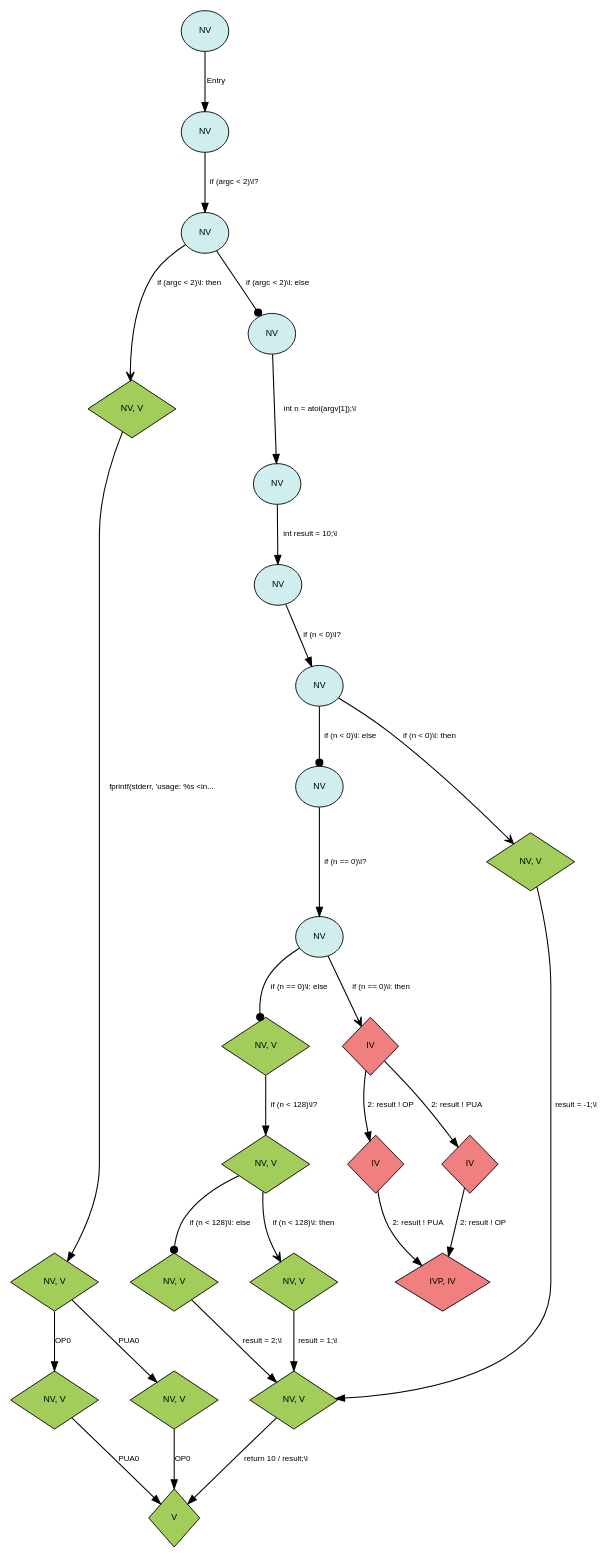
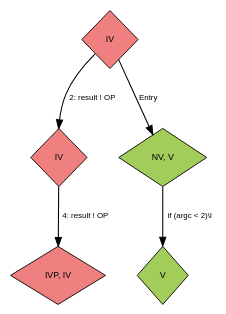
Before and after one commit to FelicitasGarcia/MimicryMonitor: the diagram in exampleFiles/dots/llvmBasedResults/Verdicts_Propagated_DOT.dot, drawn with Graphviz. The commit also changed 65 other files, not shown here.

```diff
--- a/exampleFiles/dots/llvmBasedResults/Verdicts_Propagated_DOT.dot
+++ b/exampleFiles/dots/llvmBasedResults/Verdicts_Propagated_DOT.dot
@@ -1,62 +1,19 @@
 digraph Verdicts_Propagated {
   rankdir=TB; // Top to bottom layout
   rank=min;
   nodesep=0.5; // Increase node separation
   ranksep=0.8; // Increase rank separation
 edge [curvature=0.3];  node [fontname="Helvetica", fontsize=10];
   edge [fontname="Helvetica", fontsize=9];
 
-  52 [label="NV, V", style=filled, fillcolor="darkolivegreen3", shape=diamond, margin="0.15,0.15"];
-  446 [label="IVP, IV", style=filled, fillcolor="lightcoral", shape=diamond, margin="0.15,0.15"];
-  31 [label="NV", style=filled, fillcolor="lightcyan2", shape=ellipse, margin="0.15,0.15"];
-  0 [label="NV", style=filled, fillcolor="lightcyan2", shape=ellipse, margin="0.15,0.15"];
-  405 [label="IV", style=filled, fillcolor="lightcoral", shape=diamond, margin="0.15,0.15"];
-  299 [label="NV", style=filled, fillcolor="lightcyan2", shape=ellipse, margin="0.15,0.15"];
-  331 [label="NV, V", style=filled, fillcolor="darkolivegreen3", shape=diamond, margin="0.15,0.15"];
-  315 [label="NV, V", style=filled, fillcolor="darkolivegreen3", shape=diamond, margin="0.15,0.15"];
-  94 [label="NV, V", style=filled, fillcolor="darkolivegreen3", shape=diamond, margin="0.15,0.15"];
-  256 [label="NV", style=filled, fillcolor="lightcyan2", shape=ellipse, margin="0.15,0.15"];
-  263 [label="NV, V", style=filled, fillcolor="darkolivegreen3", shape=diamond, margin="0.15,0.15"];
-  177 [label="V", style=filled, fillcolor="darkolivegreen3", shape=diamond, margin="0.15,0.15"];
-  128 [label="NV, V", style=filled, fillcolor="darkolivegreen3", shape=diamond, margin="0.15,0.15"];
-  14 [label="NV", style=filled, fillcolor="lightcyan2", shape=ellipse, margin="0.15,0.15"];
-  99 [label="NV", style=filled, fillcolor="lightcyan2", shape=ellipse, margin="0.15,0.15"];
-  157 [label="NV", style=filled, fillcolor="lightcyan2", shape=ellipse, margin="0.15,0.15"];
-  67 [label="NV", style=filled, fillcolor="lightcyan2", shape=ellipse, margin="0.15,0.15"];
-  132 [label="NV, V", style=filled, fillcolor="darkolivegreen3", shape=diamond, margin="0.15,0.15"];
-  229 [label="NV", style=filled, fillcolor="lightcyan2", shape=ellipse, margin="0.15,0.15"];
-  397 [label="IV", style=filled, fillcolor="lightcoral", shape=diamond, margin="0.15,0.15"];
-  417 [label="NV, V", style=filled, fillcolor="darkolivegreen3", shape=diamond, margin="0.15,0.15"];
-  370 [label="NV, V", style=filled, fillcolor="darkolivegreen3", shape=diamond, margin="0.15,0.15"];
-  422 [label="NV, V", style=filled, fillcolor="darkolivegreen3", shape=diamond, margin="0.15,0.15"];
-  335 [label="IV", style=filled, fillcolor="lightcoral", shape=diamond, margin="0.15,0.15"];
+  15 [label="IV", style=filled, fillcolor="lightcoral", shape=diamond, margin="0.15,0.15"];
+  21 [label="V", style=filled, fillcolor="darkolivegreen3", shape=diamond, margin="0.15,0.15"];
+  40 [label="IVP, IV", style=filled, fillcolor="lightcoral", shape=diamond, margin="0.15,0.15"];
+  0 [label="IV", style=filled, fillcolor="lightcoral", shape=diamond, margin="0.15,0.15"];
+  12 [label="NV, V", style=filled, fillcolor="darkolivegreen3", shape=diamond, margin="0.15,0.15"];
 
-  94 -> 128 [label="OP0", id=13, arrowhead=normal, penwidth=1.2];
-  132 -> 177 [label="OP0", id=13, arrowhead=normal, penwidth=1.2];
-  0 -> 14 [label="Entry", id=16, arrowhead=normal, penwidth=1.2];
-  14 -> 31 [label="if (argc \< 2)\\l?", id=16, arrowhead=normal, penwidth=1.2];
-  31 -> 52 [label="if (argc \< 2)\\l: then", id=16, arrowhead=vee, penwidth=1.2];
-  31 -> 67 [label="if (argc \< 2)\\l: else", id=16, arrowhead=dot, penwidth=1.2];
-  99 -> 157 [label="int result = 10;\\l", id=16, arrowhead=normal, penwidth=1.2];
-  52 -> 94 [label="fprintf(stderr, 'usage: %s \<in...", id=18, arrowhead=normal, penwidth=1.2];
-  94 -> 132 [label="PUA0", id=19, arrowhead=normal, penwidth=1.2];
-  128 -> 177 [label="PUA0", id=19, arrowhead=normal, penwidth=1.2];
-  335 -> 405 [label="2: result ! OP", id=20, arrowhead=normal, penwidth=1.2];
-  397 -> 446 [label="2: result ! OP", id=20, arrowhead=normal, penwidth=1.2];
-  67 -> 99 [label="int n = atoi(argv[1]);\\l", id=21, arrowhead=normal, penwidth=1.2];
-  157 -> 229 [label="if (n \< 0)\\l?", id=23, arrowhead=normal, penwidth=1.2];
-  229 -> 256 [label="if (n \< 0)\\l: else", id=23, arrowhead=dot, penwidth=1.2];
-  229 -> 263 [label="if (n \< 0)\\l: then", id=23, arrowhead=vee, penwidth=1.2];
-  263 -> 315 [label="result = -1;\\l", id=24, arrowhead=normal, penwidth=1.2];
-  256 -> 299 [label="if (n == 0)\\l?", id=25, arrowhead=normal, penwidth=1.2];
-  299 -> 331 [label="if (n == 0)\\l: else", id=25, arrowhead=dot, penwidth=1.2];
-  299 -> 335 [label="if (n == 0)\\l: then", id=25, arrowhead=vee, penwidth=1.2];
-  335 -> 397 [label="2: result ! PUA", id=26, arrowhead=normal, penwidth=1.2];
-  405 -> 446 [label="2: result ! PUA", id=26, arrowhead=normal, penwidth=1.2];
-  331 -> 370 [label="if (n \< 128)\\l?", id=27, arrowhead=normal, penwidth=1.2];
-  370 -> 417 [label="if (n \< 128)\\l: else", id=27, arrowhead=dot, penwidth=1.2];
-  370 -> 422 [label="if (n \< 128)\\l: then", id=27, arrowhead=vee, penwidth=1.2];
-  422 -> 315 [label="result = 1;\\l", id=28, arrowhead=normal, penwidth=1.2];
-  417 -> 315 [label="result = 2;\\l", id=30, arrowhead=normal, penwidth=1.2];
-  315 -> 177 [label="return 10 / result;\\l", id=31, arrowhead=normal, penwidth=1.2];
+  12 -> 21 [label="if (argc \< 2)\\l", id=16, arrowhead=normal, penwidth=1.2];
+  0 -> 15 [label="2: result ! OP", id=20, arrowhead=normal, penwidth=1.2];
+  15 -> 40 [label="4: result ! OP", id=20, arrowhead=normal, penwidth=1.2];
+  0 -> 12 [label="Entry", id=31, arrowhead=normal, penwidth=1.2];
 }
```
